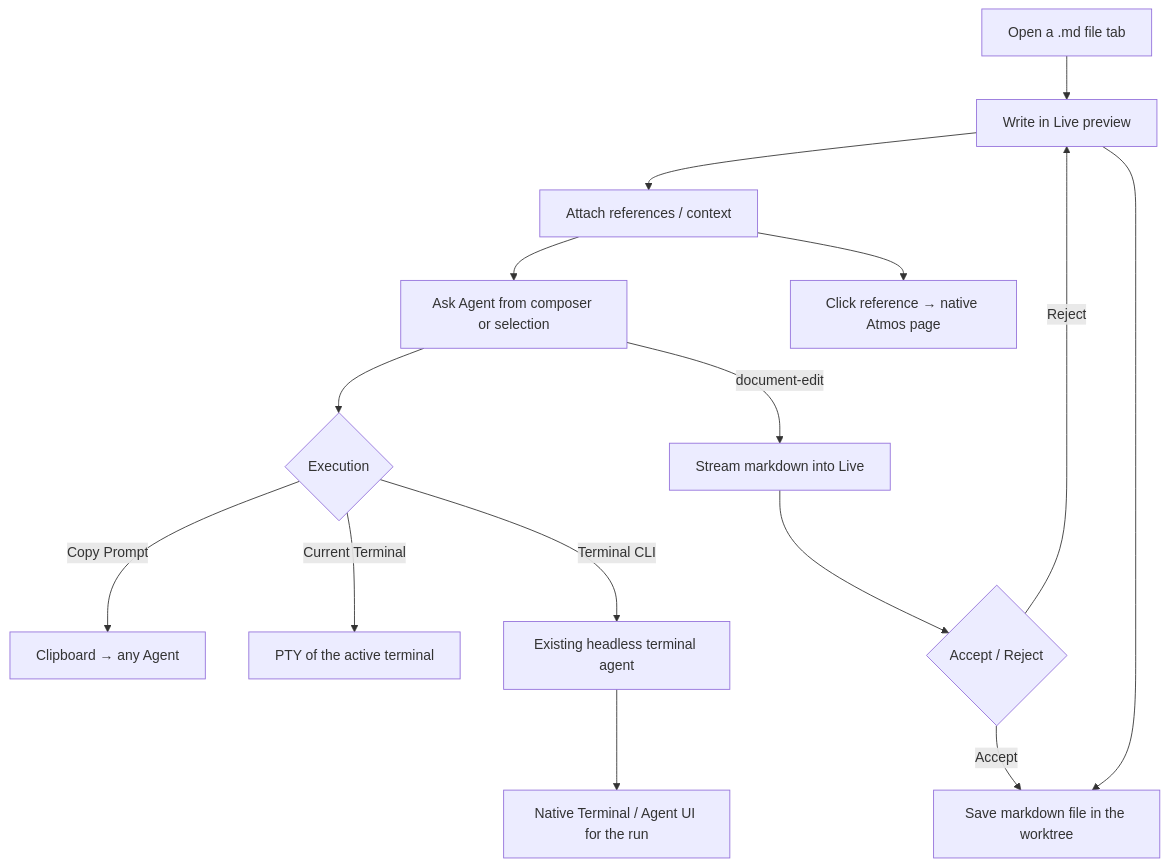
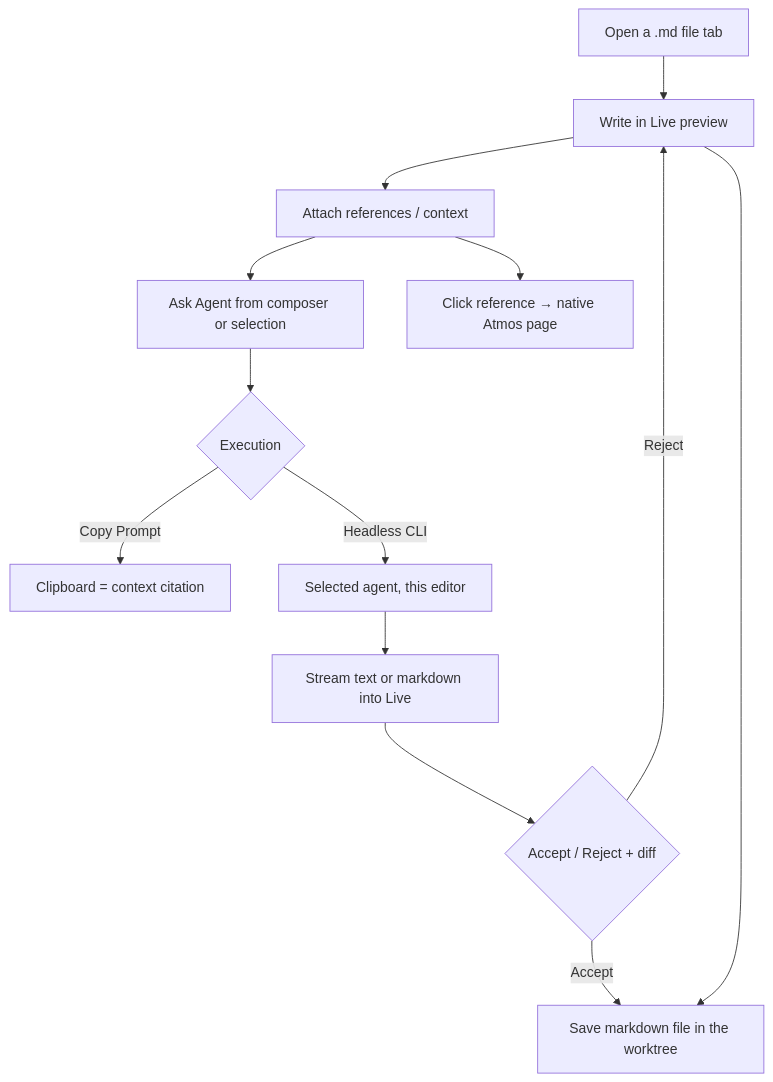
Before and after one commit to AruNi-01/atmos: the diagram in specs/APP/APP-067_document-editor/PRD.md, drawn with Mermaid. The commit also changed other lines of this file and 85 other files, not shown here.

First line of the commit message:
feat(web): ship APP-067 live markdown editor

````diff
--- a/specs/APP/APP-067_document-editor/PRD.md
+++ b/specs/APP/APP-067_document-editor/PRD.md
@@ -41,17 +41,15 @@
 ```mermaid
 flowchart TD
   A["Open a .md file tab"] --> B["Write in Live preview"]
   B --> C["Attach references / context"]
   C --> D["Ask Agent from composer or selection"]
   D --> E{"Execution"}
-  E -->|"Copy Prompt"| F["Clipboard → any Agent"]
-  E -->|"Current Terminal"| G["PTY of the active terminal"]
-  E -->|"Terminal CLI"| H["Existing headless terminal agent"]
-  H --> I["Native Terminal / Agent UI for the run"]
-  D -->|"document-edit"| S["Stream markdown into Live"]
-  S --> AR{"Accept / Reject"}
+  E -->|"Copy Prompt"| F["Clipboard = context citation"]
+  E -->|"Headless CLI"| H["Selected agent, this editor"]
+  H --> S["Stream text or markdown into Live"]
+  S --> AR{"Accept / Reject + diff"}
   AR -->|"Accept"| J["Save markdown file in the worktree"]
   AR -->|"Reject"| B
   B --> J
   C --> K["Click reference → native Atmos page"]
 ```
````
